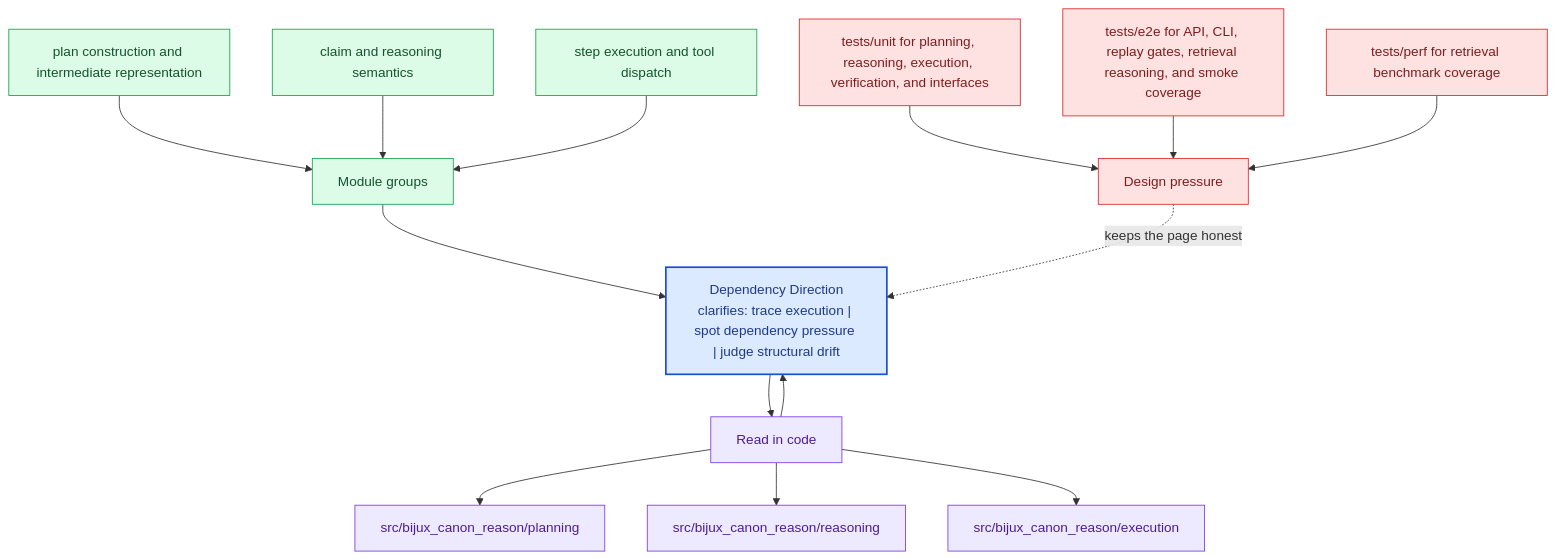
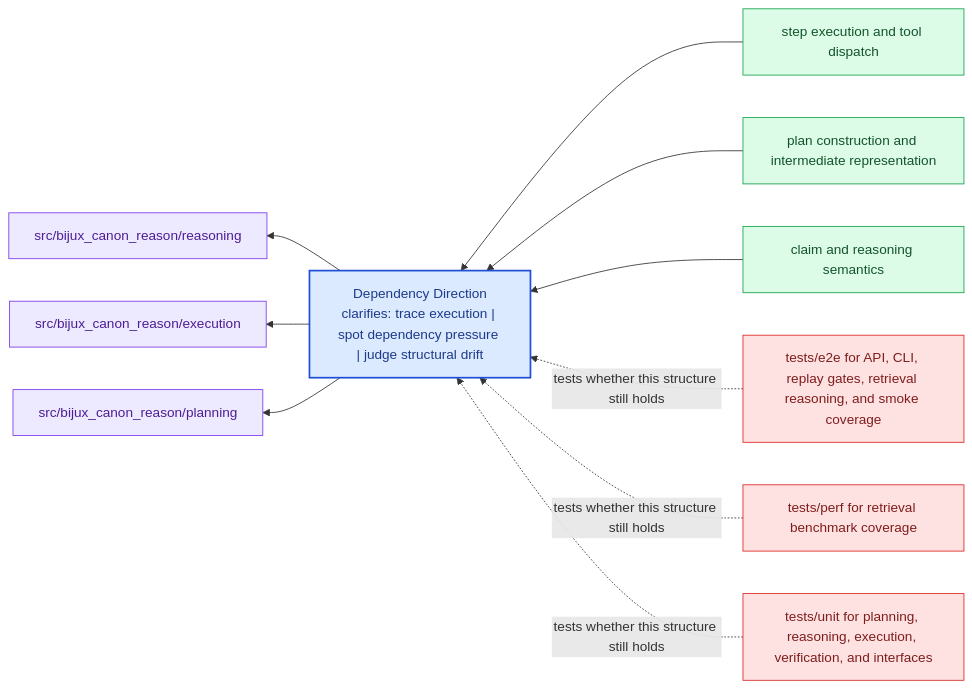
One commit to bijux/bijux-canon changed the diagram in docs/bijux-canon-reason/architecture/dependency-direction.md. Above: the diagram before and after it, drawn with Mermaid. The commit also changed other lines of this file and 281 other files, not shown here.

Commit message:
docs(diagrams): replace repeated mermaid scaffolds with page-specific summaries

````diff
--- a/docs/bijux-canon-reason/architecture/dependency-direction.md
+++ b/docs/bijux-canon-reason/architecture/dependency-direction.md
@@ -68,40 +23,31 @@
 ```mermaid
-flowchart TB
-    promise["Dependency Direction<br/>clarifies: trace execution | spot dependency pressure | judge structural drift"]
-    classDef promise fill:#dbeafe,stroke:#1d4ed8,color:#1e3a8a,stroke-width:2px;
-    classDef driver fill:#dcfce7,stroke:#16a34a,color:#14532d;
-    classDef constraint fill:#fee2e2,stroke:#dc2626,color:#7f1d1d;
-    classDef ground fill:#ede9fe,stroke:#7c3aed,color:#4c1d95;
-    focus1["Module groups"]
-    focus1 --> promise
-    focus1_1["plan construction and intermediate representation"]
-    focus1_1 --> focus1
-    focus1_2["claim and reasoning semantics"]
-    focus1_2 --> focus1
-    focus1_3["step execution and tool dispatch"]
-    focus1_3 --> focus1
-    class focus1 driver;
-    class focus1_1,focus1_2,focus1_3 driver;
-    focus2["Read in code"]
-    focus2 --> promise
-    promise --> focus2
-    focus2_1["src/bijux_canon_reason/planning"]
-    focus2 --> focus2_1
-    focus2_2["src/bijux_canon_reason/reasoning"]
-    focus2 --> focus2_2
-    focus2_3["src/bijux_canon_reason/execution"]
-    focus2 --> focus2_3
-    class focus2 ground;
-    class focus2_1,focus2_2,focus2_3 ground;
-    focus3["Design pressure"]
-    focus3 -.keeps the page honest.-> promise
-    focus3_1["tests/unit for planning, reasoning, execution, verification, and interfaces"]
-    focus3_1 --> focus3
-    focus3_2["tests/e2e for API, CLI, replay gates, retrieval reasoning, and smoke coverage"]
-    focus3_2 --> focus3
-    focus3_3["tests/perf for retrieval benchmark coverage"]
-    focus3_3 --> focus3
-    class focus3 constraint;
-    class focus3_1,focus3_2,focus3_3 constraint;
-    class promise promise;
+flowchart RL
+    page["Dependency Direction<br/>clarifies: trace execution | spot dependency pressure | judge structural drift"]
+    classDef page fill:#dbeafe,stroke:#1d4ed8,color:#1e3a8a,stroke-width:2px;
+    classDef positive fill:#dcfce7,stroke:#16a34a,color:#14532d;
+    classDef caution fill:#fee2e2,stroke:#dc2626,color:#7f1d1d;
+    classDef anchor fill:#ede9fe,stroke:#7c3aed,color:#4c1d95;
+    classDef action fill:#fef3c7,stroke:#d97706,color:#7c2d12;
+    module1["step execution and tool dispatch"]
+    module1 --> page
+    module2["plan construction and intermediate representation"]
+    module2 --> page
+    module3["claim and reasoning semantics"]
+    module3 --> page
+    code1["src/bijux_canon_reason/reasoning"]
+    page --> code1
+    code2["src/bijux_canon_reason/execution"]
+    page --> code2
+    code3["src/bijux_canon_reason/planning"]
+    page --> code3
+    pressure1["tests/e2e for API, CLI, replay gates, retrieval reasoning, and smoke coverage"]
+    pressure1 -.tests whether this structure still holds.-> page
+    pressure2["tests/perf for retrieval benchmark coverage"]
+    pressure2 -.tests whether this structure still holds.-> page
+    pressure3["tests/unit for planning, reasoning, execution, verification, and interfaces"]
+    pressure3 -.tests whether this structure still holds.-> page
+    class page page;
+    class module1,module2,module3 positive;
+    class code1,code2,code3 anchor;
+    class pressure1,pressure2,pressure3 caution;
 ```
````
